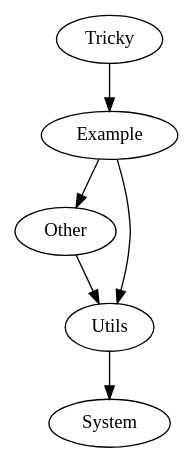
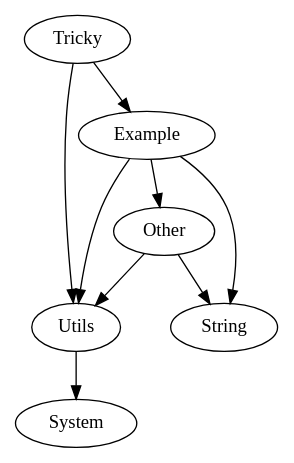
The diagram in graph.dot (Zebzab7/programanalysis), drawn with Graphviz before and after one commit. The commit also changed 1 other file, not shown here.

```diff
--- a/graph.dot
+++ b/graph.dot
@@ -1,7 +1,10 @@
 digraph G {
 Other -> Utils
+Other -> String
+Tricky -> Utils
 Tricky -> Example
 Utils -> System
 Example -> Utils
+Example -> String
 Example -> Other
 }
```
